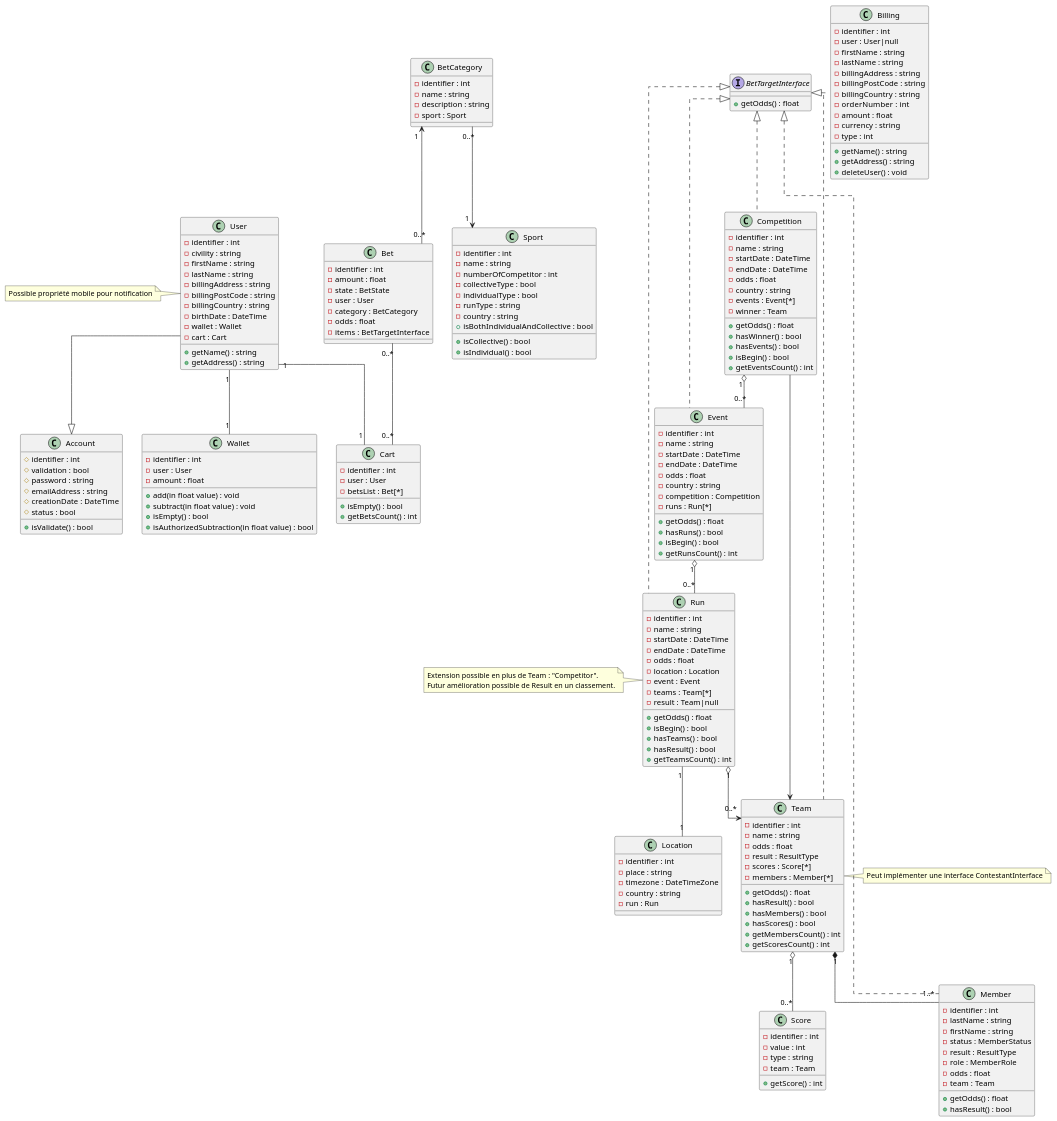
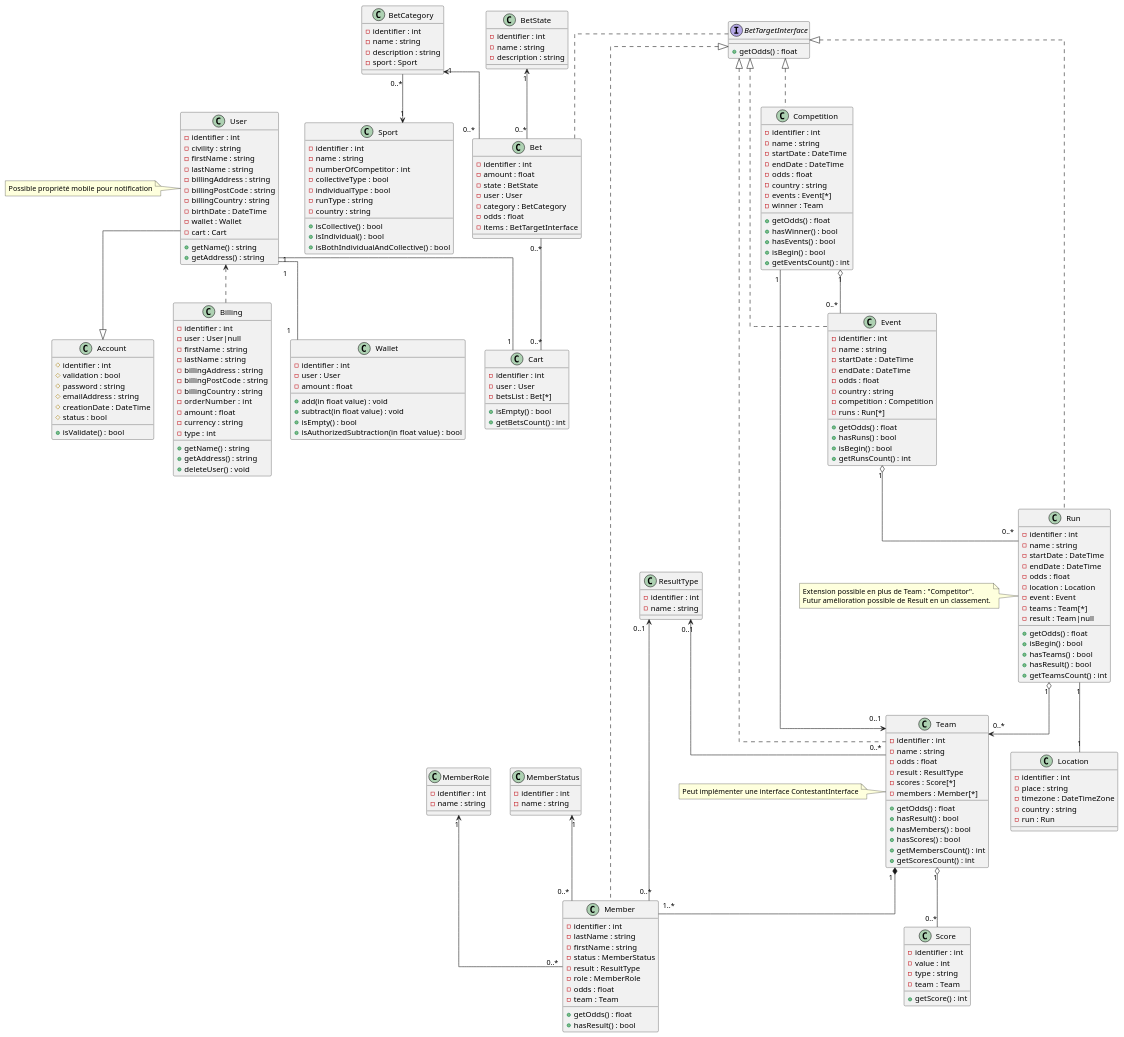
The diagram in Diagramme_de_classe.puml (OFP-CDA-Mulhouse-2020/parisportif5), drawn with PlantUML before and after one commit.

Commit message:
2020-11-12 - #4 - Ajout classe mineur

```diff
--- a/Diagramme_de_classe.puml
+++ b/Diagramme_de_classe.puml
@@ -3,24 +3,52 @@
 'plantuml
 'Relations :
     User --|> Account
+    User <.. Billing
     BetCategory "1" <-- "0..*" Bet
     User "1" -- "1" Wallet
     User "1" -- "1" Cart
     Bet "0..*" -- "0..*" Cart
     BetCategory "0..*" --> "1" Sport
     Competition "1" o-- "0..*" Event
-    Competition --> Team
+    Competition "1" --> "0..1" Team
     Event "1" o-- "0..*" Run
     Run "1" -- "1" Location
     Team "1" o-- "0..*" Score
     Run "1" o--> "0..*" Team
     Team "1" *-- "1..*" Member
+    BetState "1" <-- "0..*" Bet
+    ResultType "0..1" <-- "0..*" Team
+    ResultType "0..1" <-- "0..*" Member
+    MemberRole "1" <-- "0..*" Member
+    MemberStatus "1" <-- "0..*" Member
+    BetTargetInterface .. Bet
     BetTargetInterface <|.. Competition
     BetTargetInterface <|.. Event
     BetTargetInterface <|.. Run
     BetTargetInterface <|.. Team
     BetTargetInterface <|.. Member
 'Définitions des classes :
+    'Rôle du membre (pilote, co-pilote, joueur)
+    class MemberRole {
+        -identifier : int
+        -name : string
+    }
+    'Statut du membre (blessé, remplaçant, titulaire)
+    class MemberStatus {
+        -identifier : int
+        -name : string
+    }
+    'Type de résultat (gagnant, perdant, ex aequo)
+    class ResultType {
+        -identifier : int
+        -name : string
+    }
+    'État du paris (en cours, validé, finis)
+    class BetState {
+        -identifier : int
+        -name : string
+        -description : string
+    }
     'Porte-feuille de l'utilisateur avec des fonds (de l'argent gagnés)
     class Wallet {
         -identifier : int
@@ -122,7 +150,7 @@
         -country : string
         +isCollective() : bool
         +isIndividual() : bool
-        +isBothIndividualAndCollective : bool
+        +isBothIndividualAndCollective() : bool
     }
     'Compétition (JO, Ligue des Champions, F1 Championnat du monde)
     class Competition {
@@ -212,5 +240,5 @@
         +getMembersCount() : int
         +getScoresCount() : int
     }
-    note right: Peut implémenter une interface ContestantInterface
+    note left: Peut implémenter une interface ContestantInterface
 @enduml
```
